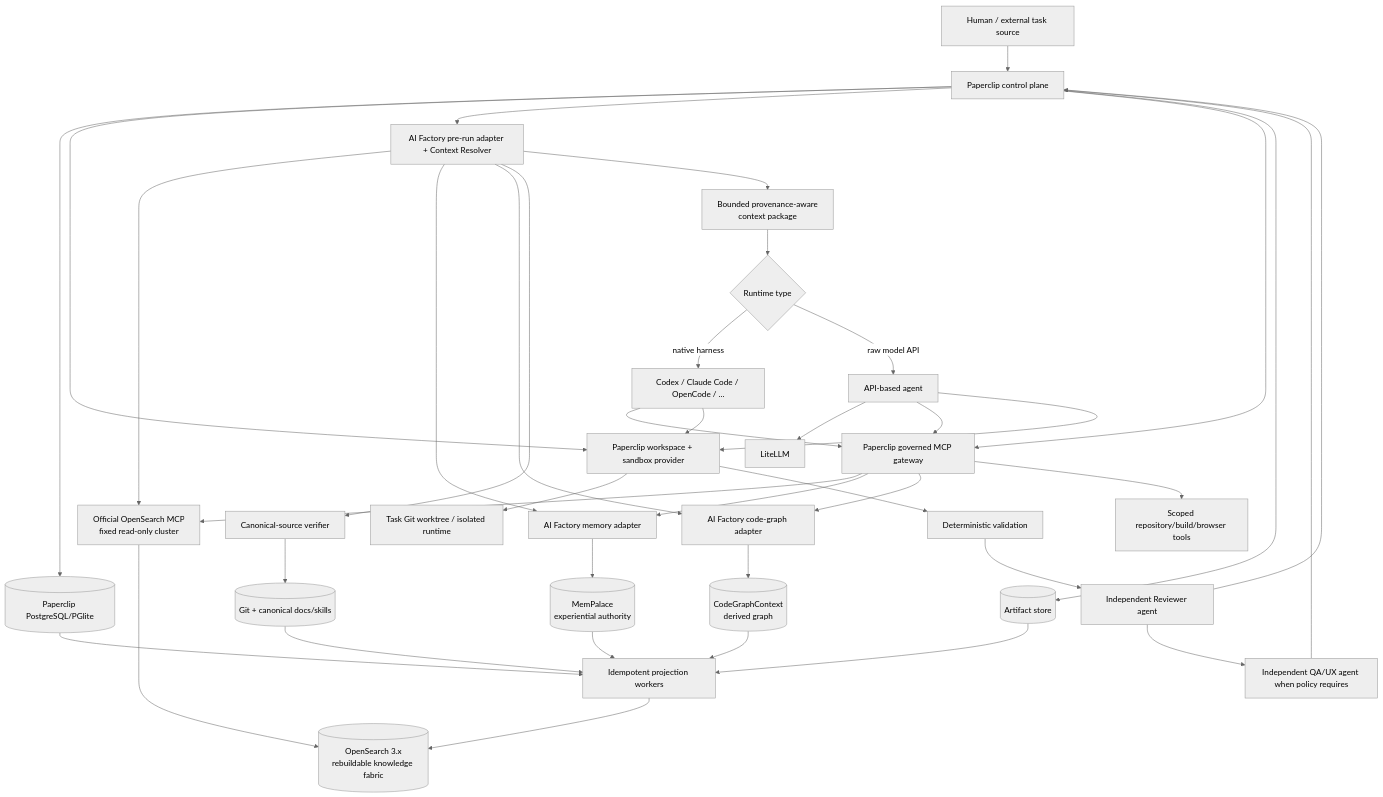
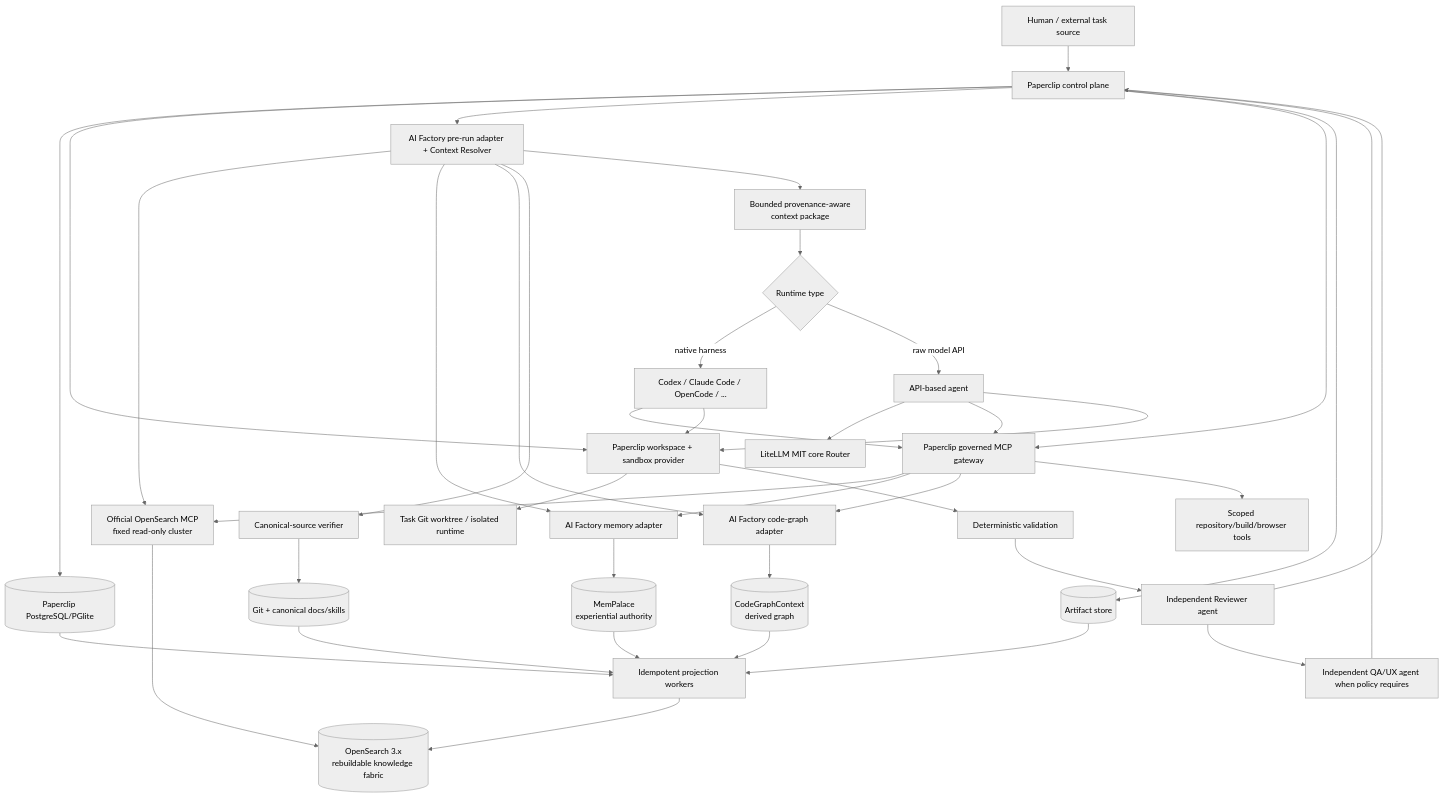
The first of 2 diagrams in docs/decisions/V1_ADOPTION_ARCHITECTURE.md (Dzikle/Ai-factory), drawn with Mermaid (neutral theme) before and after one commit. The commit also changed other lines of this file and 32 other files, not shown here.

````diff
--- a/docs/decisions/V1_ADOPTION_ARCHITECTURE.md
+++ b/docs/decisions/V1_ADOPTION_ARCHITECTURE.md
@@ -50,47 +58,47 @@
 ```mermaid
 flowchart TB
     Human[Human / external task source] --> PC[Paperclip control plane]
     PC --> PDB[(Paperclip PostgreSQL/PGlite)]
     PC --> WR[Paperclip workspace + sandbox provider]
     WR --> GitWT[Task Git worktree / isolated runtime]
 
     PC --> CR[AI Factory pre-run adapter + Context Resolver]
     CR --> OSMCP[Official OpenSearch MCP<br/>fixed read-only cluster]
     OSMCP --> OS[(OpenSearch 3.x<br/>rebuildable knowledge fabric)]
     CR --> MA[AI Factory memory adapter]
     MA --> MP[(MemPalace<br/>experiential authority)]
     CR --> CGA[AI Factory code-graph adapter]
     CGA --> CG[(CodeGraphContext<br/>derived graph)]
     CR --> Verify[Canonical-source verifier]
     Verify --> Git[(Git + canonical docs/skills)]
     CR --> Package[Bounded provenance-aware<br/>context package]
 
     Package --> Select{Runtime type}
     Select -->|native harness| Native[Codex / Claude Code / OpenCode / ...]
     Select -->|raw model API| APIAgent[API-based agent]
-    APIAgent --> LLM[LiteLLM]
+    APIAgent --> LLM[LiteLLM MIT core Router]
 
     PC --> GW[Paperclip governed MCP gateway]
     Native --> GW
     APIAgent --> GW
     GW --> OSMCP
     GW --> MA
     GW --> CGA
     GW --> RepoTools[Scoped repository/build/browser tools]
 
     Native --> WR
     APIAgent --> WR
     WR --> Checks[Deterministic validation]
     Checks --> Review[Independent Reviewer agent]
     Review --> QA[Independent QA/UX agent when policy requires]
     QA --> PC
     Review --> PC
 
     PC --> Art[(Artifact store)]
     PDB --> Projector[Idempotent projection workers]
     MP --> Projector
     Git --> Projector
     CG --> Projector
     Art --> Projector
     Projector --> OS
 ```
````
